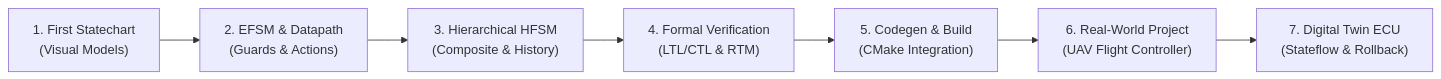
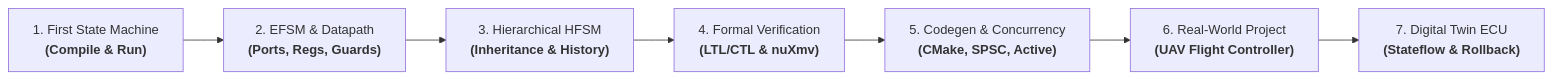
One commit to simoneCavalleri/fsmc changed the second of 2 diagrams in docs/tutorials/index.md. Above: the diagram before and after it, drawn with Mermaid. The commit also changed other lines of this file and 3 other files, not shown here.

````diff
--- a/docs/tutorials/index.md
+++ b/docs/tutorials/index.md
@@ -9,9 +44,9 @@
 ```mermaid
 flowchart LR
-    Step1["1. First Statechart<br/>(Visual Models)"] --> Step2["2. EFSM & Datapath<br/>(Guards & Actions)"]
-    Step2 --> Step3["3. Hierarchical HFSM<br/>(Composite & History)"]
-    Step3 --> Step4["4. Formal Verification<br/>(LTL/CTL & RTM)"]
-    Step4 --> Step5["5. Codegen & Build<br/>(CMake Integration)"]
-    Step5 --> Step6["6. Real-World Project<br/>(UAV Flight Controller)"]
-    Step6 --> Step7["7. Digital Twin ECU<br/>(Stateflow & Rollback)"]
+    Step1["1. First State Machine<br/><b>(Compile & Run)</b>"] --> Step2["2. EFSM & Datapath<br/><b>(Ports, Regs, Guards)</b>"]
+    Step2 --> Step3["3. Hierarchical HFSM<br/><b>(Inheritance & History)</b>"]
+    Step3 --> Step4["4. Formal Verification<br/><b>(LTL/CTL & nuXmv)</b>"]
+    Step4 --> Step5["5. Codegen & Concurrency<br/><b>(CMake, SPSC, Active)</b>"]
+    Step5 --> Step6["6. Real-World Project<br/><b>(UAV Flight Controller)</b>"]
+    Step6 --> Step7["7. Digital Twin ECU<br/><b>(Stateflow & Rollback)</b>"]
 ```
````
